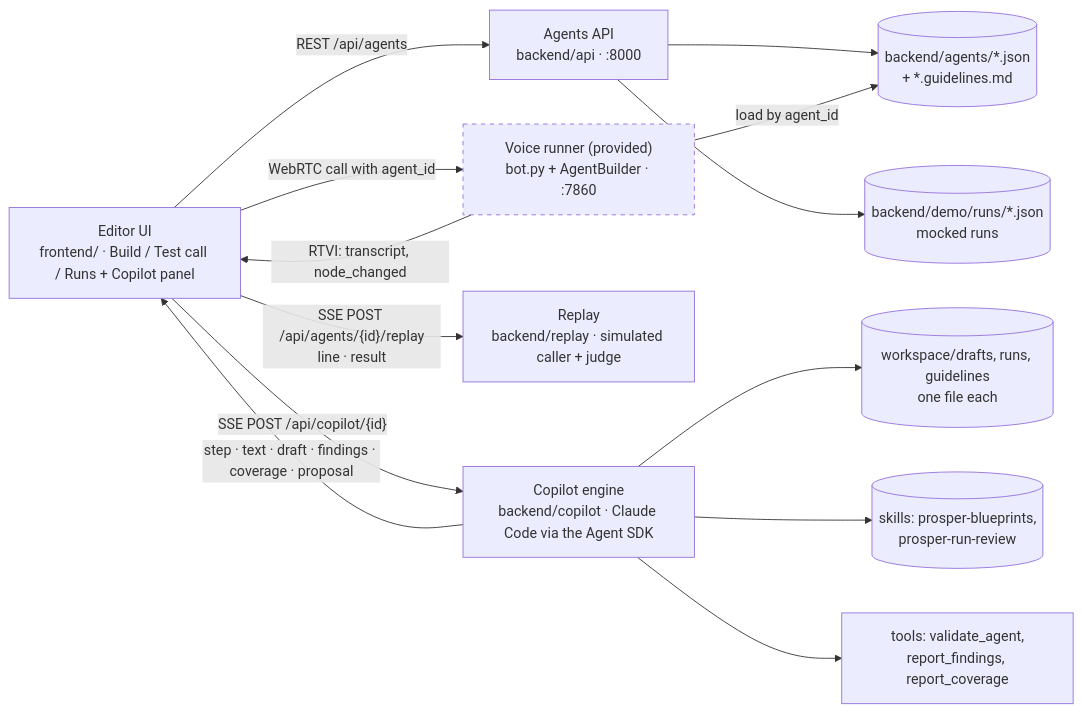
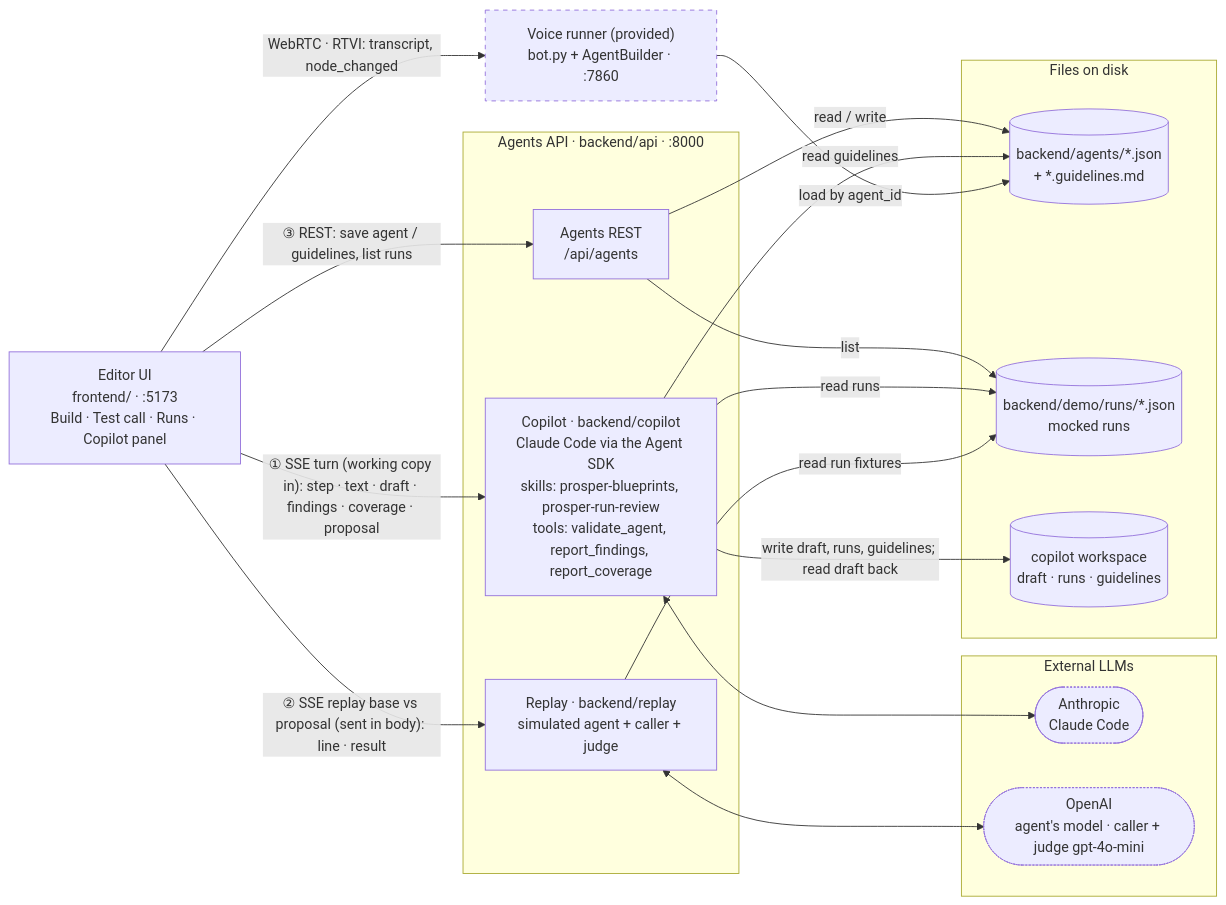
One commit to BorjaRuizdelgado/prosper-challenge-agent-copilot changed the diagram in solution.md. Above: the diagram before and after it, drawn with Mermaid. The commit also changed other lines of this file, not shown here.

````diff
--- a/solution.md
+++ b/solution.md
@@ -29,29 +23,43 @@
 ```mermaid
 flowchart LR
-    UI["Editor UI<br/>frontend/ · Build / Test call / Runs + Copilot panel"]
-    API["Agents API<br/>backend/api · :8000"]
-    Files[("backend/agents/*.json<br/>+ *.guidelines.md")]
-    Runs[("backend/demo/runs/*.json<br/>mocked runs")]
-    Copilot["Copilot engine<br/>backend/copilot · Claude Code via the Agent SDK"]
-    Draft[("workspace/drafts, runs, guidelines<br/>one file each")]
-    Skills[("skills: prosper-blueprints,<br/>prosper-run-review")]
-    Tools["tools: validate_agent,<br/>report_findings, report_coverage"]
-    Replay["Replay<br/>backend/replay · simulated caller + judge"]
+    UI["Editor UI<br/>frontend/ · :5173<br/>Build · Test call · Runs · Copilot panel"]
+
+    subgraph API["Agents API · backend/api · :8000"]
+        CRUD["Agents REST<br/>/api/agents"]
+        Replay["Replay · backend/replay<br/>simulated agent + caller + judge"]
+        Copilot["Copilot · backend/copilot<br/>Claude Code via the Agent SDK<br/>skills: prosper-blueprints, prosper-run-review<br/>tools: validate_agent, report_findings, report_coverage"]
+    end
+
+    subgraph LLM["External LLMs"]
+        Claude(["Anthropic<br/>Claude Code"])
+        OpenAI(["OpenAI<br/>agent's model · caller + judge gpt-4o-mini"])
+    end
+
+    subgraph Data["Files on disk"]
+        Files[("backend/agents/*.json<br/>+ *.guidelines.md")]
+        Runs[("backend/demo/runs/*.json<br/>mocked runs")]
+        Workspace[("copilot workspace<br/>draft · runs · guidelines")]
+    end
+
     Runner["Voice runner (provided)<br/>bot.py + AgentBuilder · :7860"]
 
-    UI -- "REST /api/agents" --> API
-    API --> Files
-    API --> Runs
-    UI -- "SSE POST /api/copilot/{id}" --> Copilot
-    Copilot --> Draft
-    Copilot --> Skills
-    Copilot --> Tools
-    Copilot -- "step · text · draft · findings · coverage · proposal" --> UI
-    UI -- "SSE POST /api/agents/{id}/replay<br/>line · result" --> Replay
-    UI -- "WebRTC call with agent_id" --> Runner
+    UI -- "WebRTC · RTVI: transcript, node_changed" --> Runner
+    UI -- "③ REST: save agent / guidelines, list runs" --> CRUD
+    UI -- "② SSE replay base vs proposal (sent in body): line · result" --> Replay
+    UI -- "① SSE turn (working copy in): step · text · draft · findings · coverage · proposal" --> Copilot
+
+    CRUD -- "read / write" --> Files
+    CRUD -- "list" --> Runs
+    Copilot -- "read guidelines" --> Files
+    Copilot -- "read runs" --> Runs
+    Copilot -- "write draft, runs, guidelines; read draft back" --> Workspace
+    Copilot <--> Claude
+    Replay -- "read run fixtures" --> Runs
+    Replay <--> OpenAI
     Runner -- "load by agent_id" --> Files
-    Runner -- "RTVI: transcript, node_changed" --> UI
 
     classDef provided stroke-dasharray: 5 5
+    classDef external stroke-dasharray: 2 2
     class Runner provided
+    class Claude,OpenAI external
 ```
````
